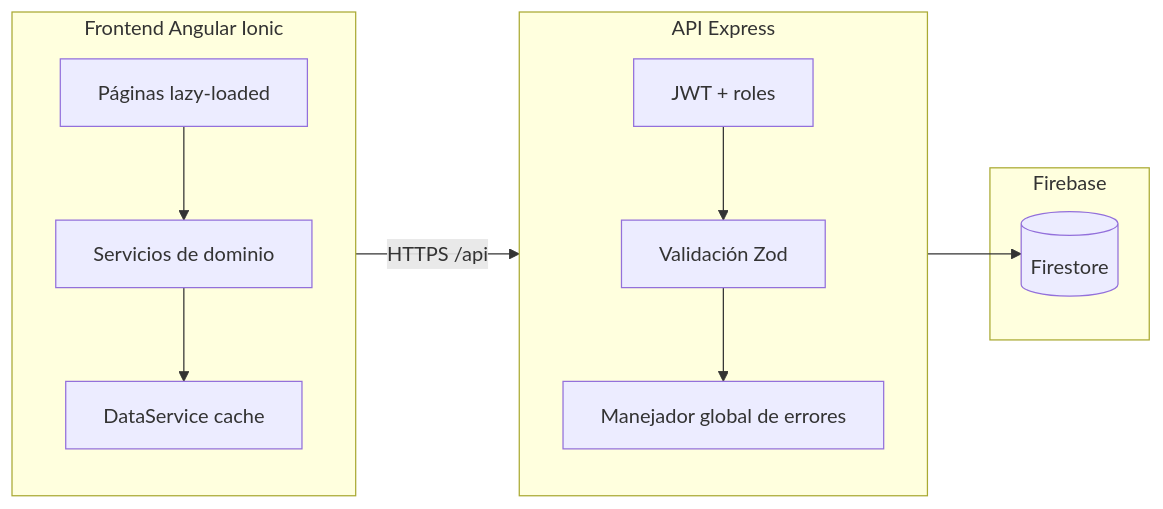
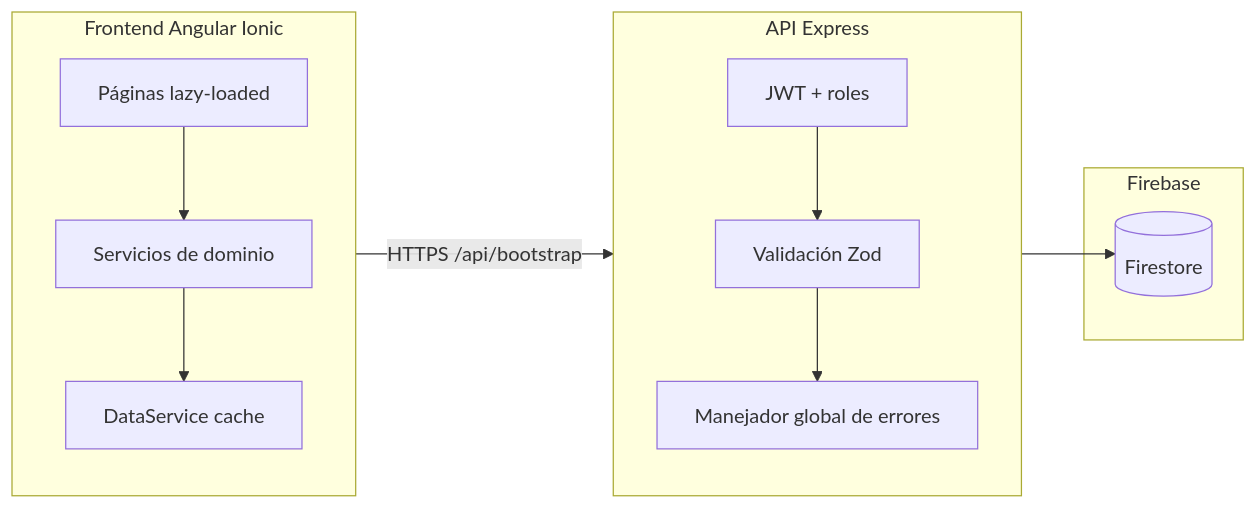
Before and after one commit to ena2000/proyecto_ieca: the diagram in README.md, drawn with Mermaid. The commit also changed other lines of this file and 4 other files, not shown here.

````diff
--- a/README.md
+++ b/README.md
@@ -81,23 +81,23 @@
 ```mermaid
 flowchart LR
   subgraph cliente [Frontend Angular Ionic]
     UI[Páginas lazy-loaded]
     SVC[Servicios de dominio]
     DS[DataService cache]
     UI --> SVC --> DS
   end
 
   subgraph api [API Express]
     AUTH[JWT + roles]
     ZOD[Validación Zod]
     ERR[Manejador global de errores]
     AUTH --> ZOD --> ERR
   end
 
   subgraph data [Firebase]
     FS[(Firestore)]
   end
 
-  cliente -->|HTTPS /api| api
+  cliente -->|HTTPS /api/bootstrap| api
   api --> FS
 ```
````
